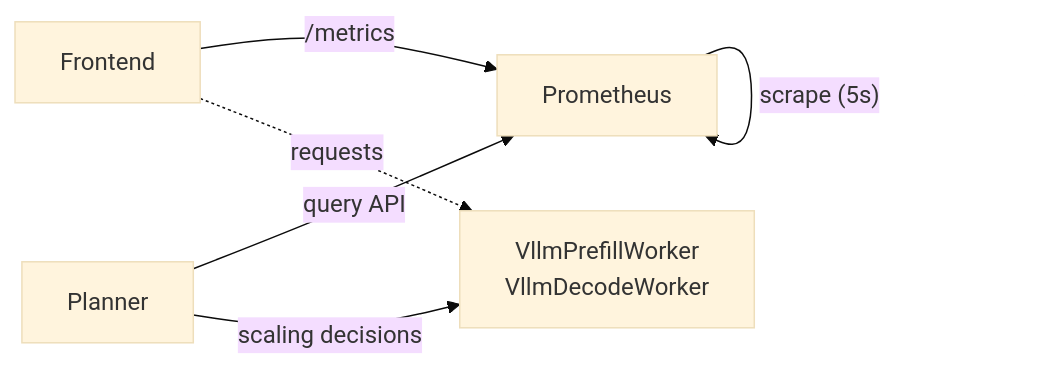
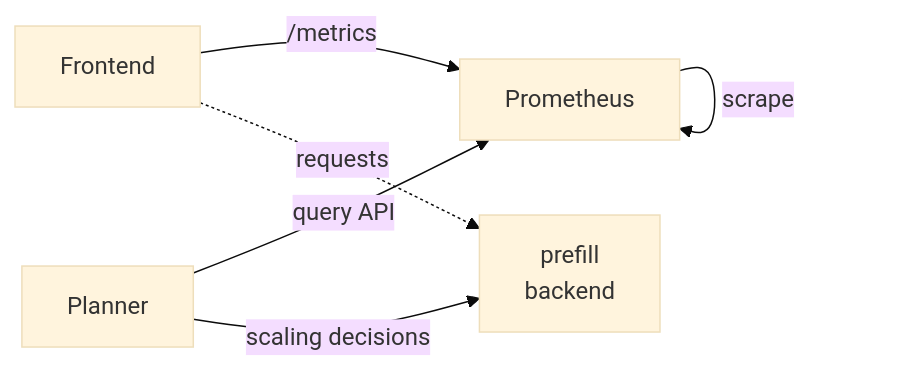
The diagram in docs/guides/dynamo_deploy/sla_planner_deployment.md (ai-dynamo/dynamo), drawn with Mermaid (base theme) before and after one commit. The commit also changed other lines of this file, not shown here.

Commit message:
docs: doc updates for planner deployment

````diff
--- a/docs/guides/dynamo_deploy/sla_planner_deployment.md
+++ b/docs/guides/dynamo_deploy/sla_planner_deployment.md
@@ -16,8 +16,8 @@
 ```mermaid
 flowchart LR
   Frontend --"/metrics"--> Prometheus
-  Prometheus --"scrape (5s)"--> Prometheus
+  Prometheus --"scrape"--> Prometheus
   Planner --"query API"--> Prometheus
-  Planner --"scaling decisions"--> Workers["VllmPrefillWorker<br/>VllmDecodeWorker"]
+  Planner --"scaling decisions"--> Workers["prefill<br/>backend"]
   Frontend -.->|"requests"| Workers
 ```
````
